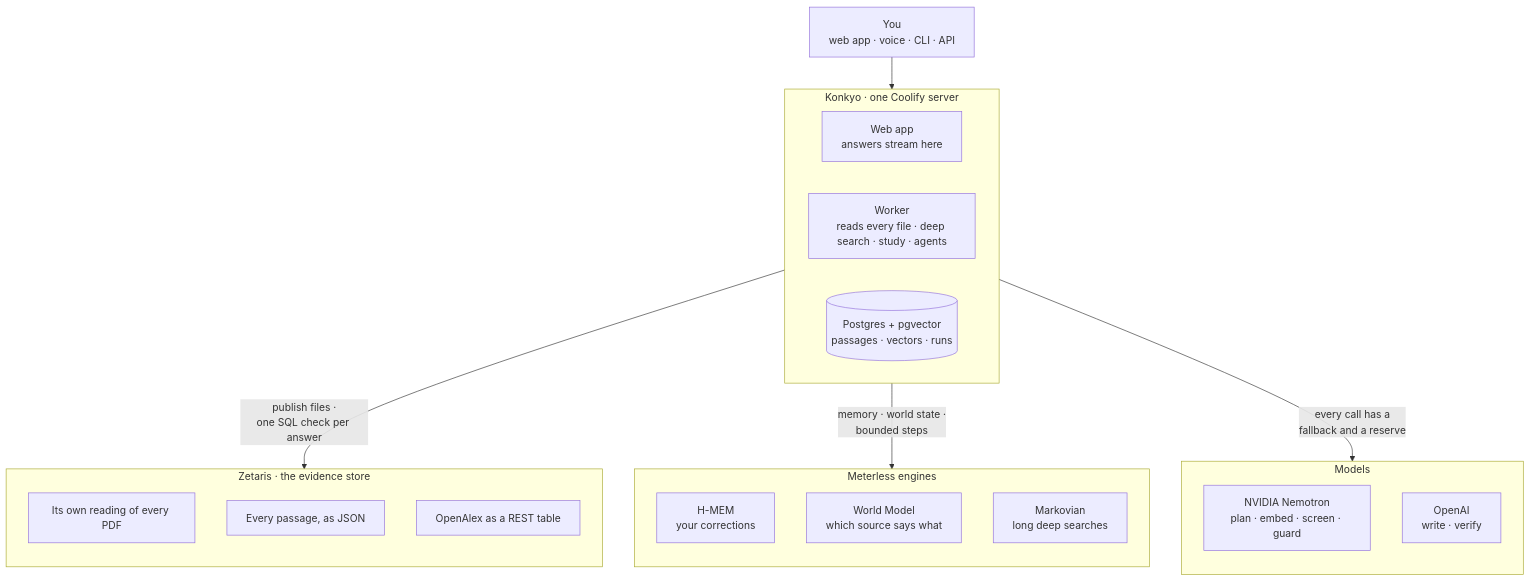
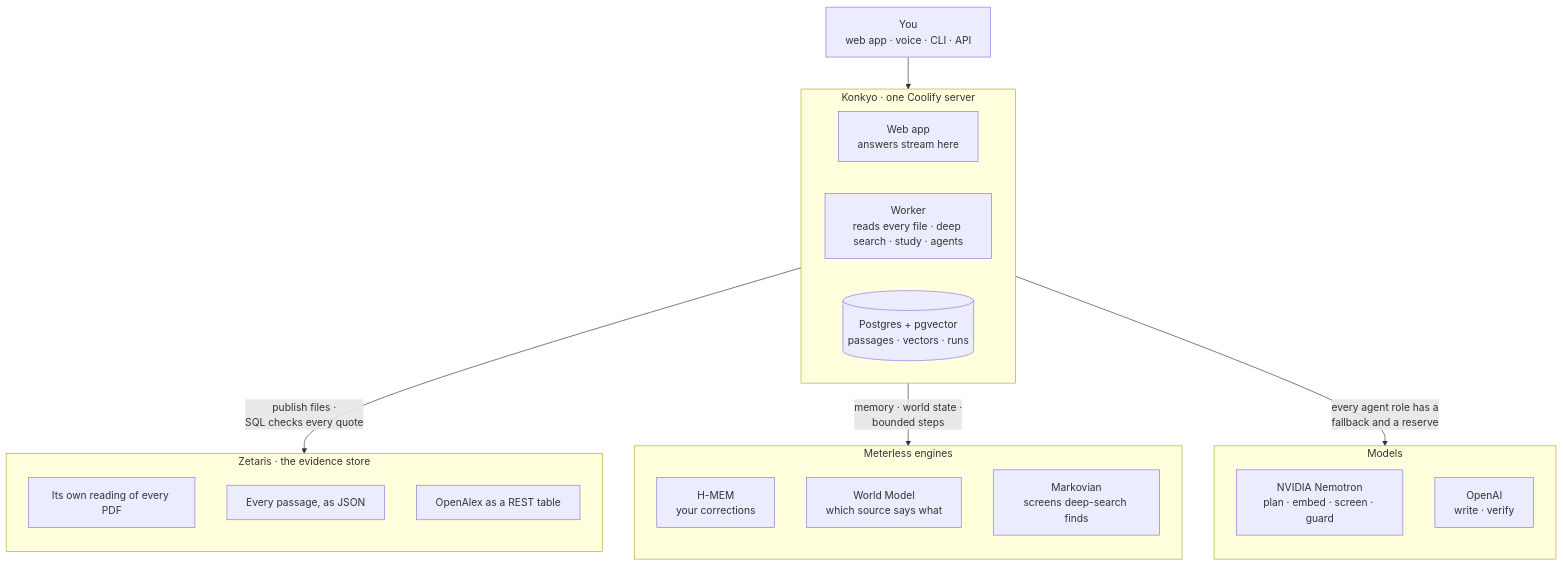
One commit to Blockchain-Oracle/konkyo changed the diagram in .github/diagrams/readme-system.mmd. Above: the diagram before and after it, drawn with Mermaid. The commit also changed 142 other files, not shown here.

```diff
--- a/.github/diagrams/readme-system.mmd
+++ b/.github/diagrams/readme-system.mmd
@@ -1,34 +1,34 @@
 flowchart TB
   YOU["You<br/>web app · voice · CLI · API"]
 
   subgraph APP["Konkyo · one Coolify server"]
     direction LR
     WEB["Web app<br/>answers stream here"]
     WORKER["Worker<br/>reads every file · deep search · study · agents"]
     DB[("Postgres + pgvector<br/>passages · vectors · runs")]
   end
 
   subgraph Z["Zetaris · the evidence store"]
     direction TB
     ZT["Its own reading of every PDF"]
     ZP["Every passage, as JSON"]
     ZW["OpenAlex as a REST table"]
   end
 
   subgraph M["Meterless engines"]
     direction TB
     HM["H-MEM<br/>your corrections"]
     WM["World Model<br/>which source says what"]
-    MK["Markovian<br/>long deep searches"]
+    MK["Markovian<br/>screens deep-search finds"]
   end
 
   subgraph AI["Models"]
     direction TB
     NV["NVIDIA Nemotron<br/>plan · embed · screen · guard"]
     OA["OpenAI<br/>write · verify"]
   end
 
   YOU --> APP
-  APP -->|"publish files ·<br/>one SQL check per answer"| Z
+  APP -->|"publish files ·<br/>SQL checks every quote"| Z
   APP -->|"memory · world state ·<br/>bounded steps"| M
-  APP -->|"every call has a<br/>fallback and a reserve"| AI
+  APP -->|"every agent role has a<br/>fallback and a reserve"| AI
```
